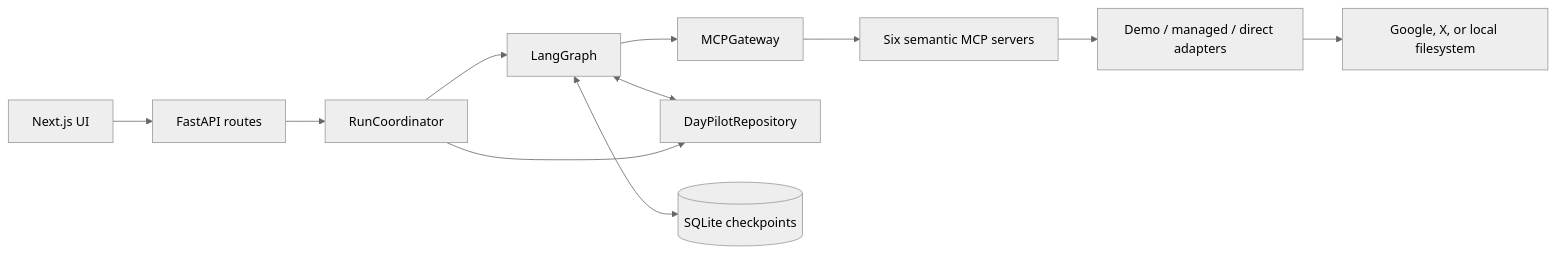
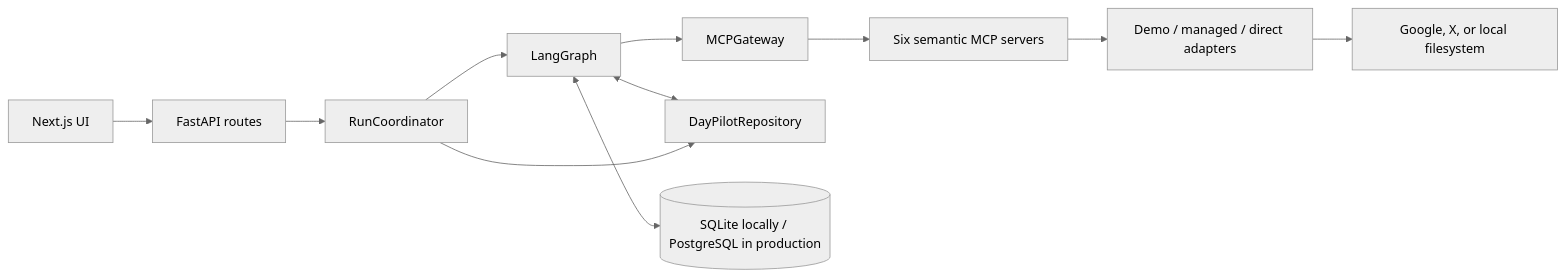
One commit to dumpydon/daypilot changed the diagram in docs/architecture.md. Above: the diagram before and after it, drawn with Mermaid (neutral theme). The commit also changed other lines of this file and 43 other files, not shown here.

````diff
--- a/docs/architecture.md
+++ b/docs/architecture.md
@@ -9,13 +9,13 @@
 ```mermaid
 flowchart LR
     UI[Next.js UI] --> API[FastAPI routes]
     API --> Coordinator[RunCoordinator]
     Coordinator --> Graph[LangGraph]
     Graph --> Gateway[MCPGateway]
     Gateway --> Servers[Six semantic MCP servers]
     Servers --> Adapters[Demo / managed / direct adapters]
     Adapters --> Providers[Google, X, or local filesystem]
     Graph <--> Repo[DayPilotRepository]
-    Graph <--> Checkpoint[(SQLite checkpoints)]
+    Graph <--> Checkpoint[(SQLite locally / PostgreSQL in production)]
     Coordinator --> Repo
 ```
````
